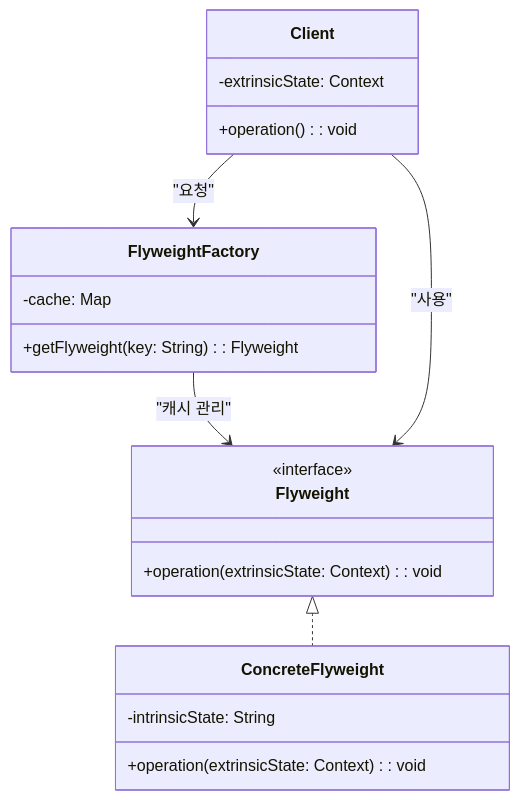
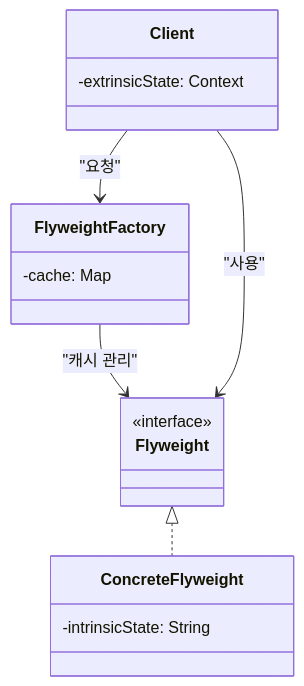
Before and after one commit to yjkim2015/yjkim2015.github.io: the first of 2 diagrams in _posts/designPattern/2022-01-26-FlyweightPattern.md, drawn with Mermaid. The commit also changed other lines of this file and 215 other files, not shown here.

First line of the commit message:
신규 포스트 10개 추가 + Mermaid 전면 축소 + SystemDesign 시리즈 보강

````diff
--- a/_posts/designPattern/2022-01-26-FlyweightPattern.md
+++ b/_posts/designPattern/2022-01-26-FlyweightPattern.md
@@ -44,24 +44,11 @@
 ```mermaid
 classDiagram
-    class Flyweight {
-        <<interface>>
-        +operation(extrinsicState: Context): void
-    }
-    class ConcreteFlyweight {
-        -intrinsicState: String
-        +operation(extrinsicState: Context): void
-    }
-    class FlyweightFactory {
-        -cache: Map
-        +getFlyweight(key: String): Flyweight
-    }
-    class Client {
-        -extrinsicState: Context
-        +operation(): void
-    }
-
+    class Flyweight { <<interface>> }
+    class ConcreteFlyweight { -intrinsicState: String }
+    class FlyweightFactory { -cache: Map }
+    class Client { -extrinsicState: Context }
     Flyweight <|.. ConcreteFlyweight
     FlyweightFactory --> Flyweight : "캐시 관리"
     Client --> FlyweightFactory : "요청"
     Client --> Flyweight : "사용"
 ```
````
